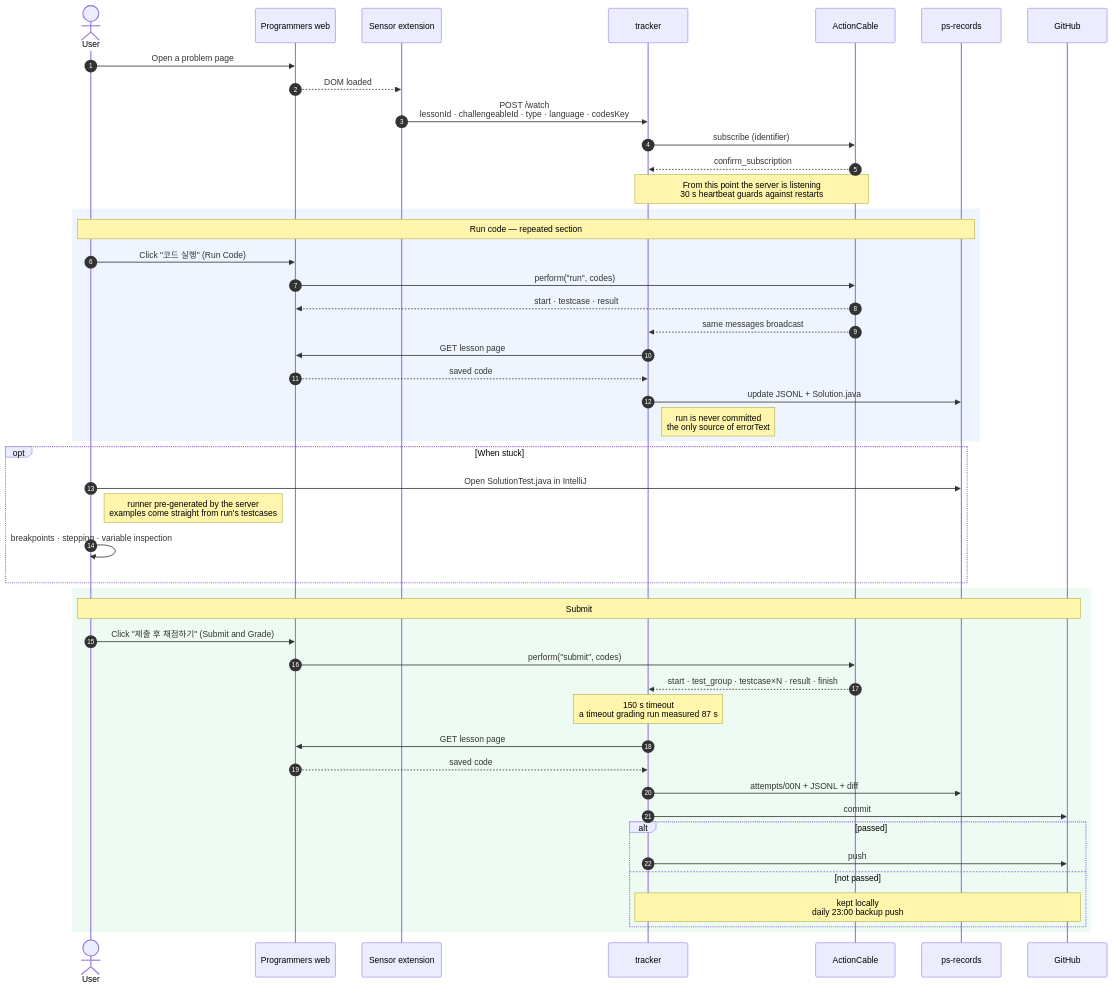
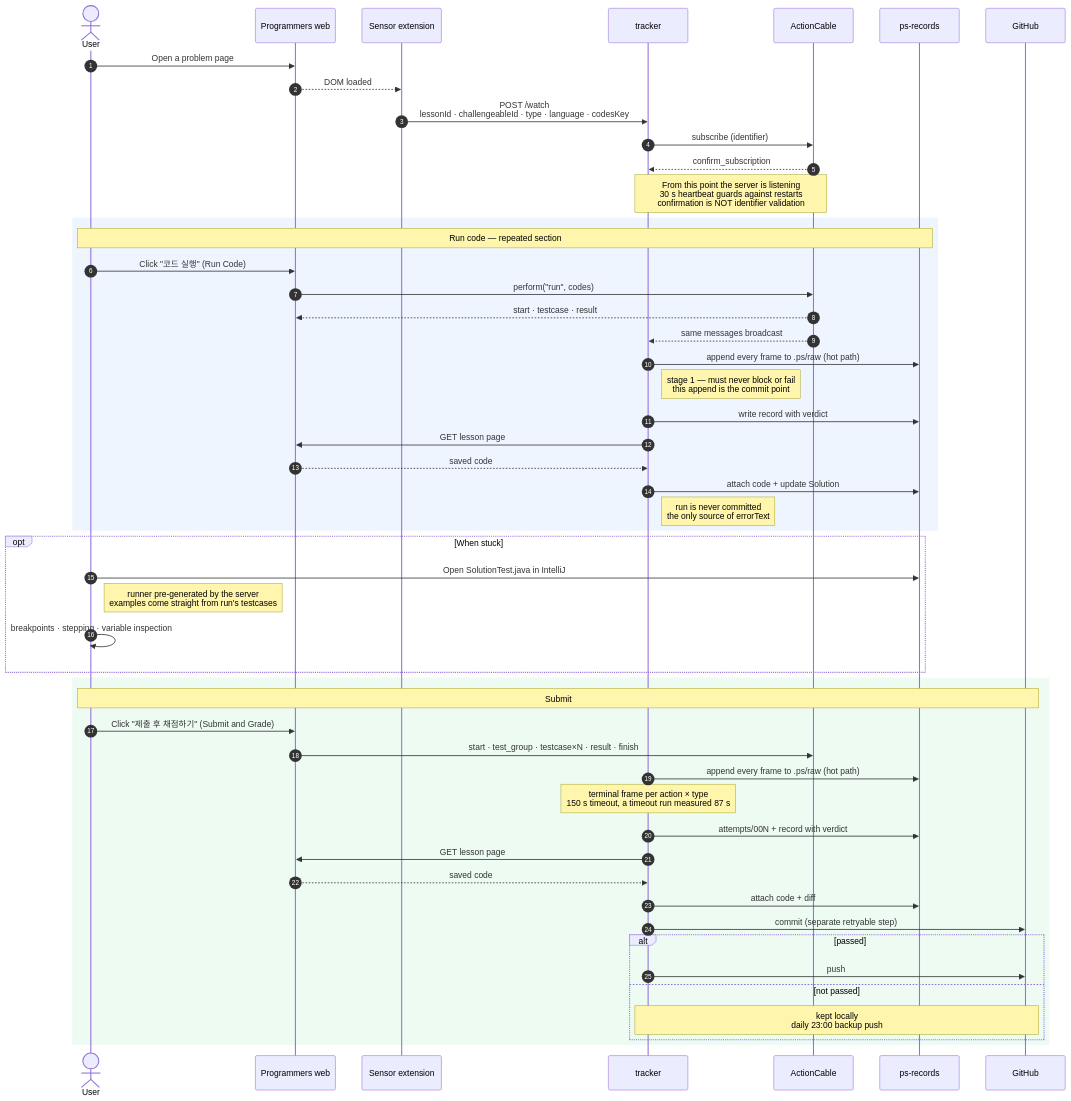
Before and after one commit to BrokenFinger98/programmers-tracker: the second of 3 diagrams in docs/superpowers/specs/2026-08-04-programmers-tracker-design.md, drawn with Mermaid. The commit also changed other lines of this file and 5 other files, not shown here.

````diff
--- a/docs/superpowers/specs/2026-08-04-programmers-tracker-design.md
+++ b/docs/superpowers/specs/2026-08-04-programmers-tracker-design.md
@@ -134,53 +134,57 @@
 ```mermaid
 sequenceDiagram
     autonumber
     actor U as User
     participant W as Programmers web
     participant X as Sensor extension
     participant S as tracker
     participant C as ActionCable
     participant D as ps-records
     participant G as GitHub
 
     U->>W: Open a problem page
     W-->>X: DOM loaded
     X->>S: POST /watch<br/>lessonId · challengeableId · type · language · codesKey
     S->>C: subscribe (identifier)
     C-->>S: confirm_subscription
-    Note over S,C: From this point the server is listening<br/>30 s heartbeat guards against restarts
+    Note over S,C: From this point the server is listening<br/>30 s heartbeat guards against restarts<br/>confirmation is NOT identifier validation
 
     rect rgba(59,130,246,0.08)
         Note over U,D: Run code — repeated section
         U->>W: Click "코드 실행" (Run Code)
         W->>C: perform("run", codes)
         C-->>W: start · testcase · result
         C-->>S: same messages broadcast
+        S->>D: append every frame to .ps/raw (hot path)
+        Note right of S: stage 1 — must never block or fail<br/>this append is the commit point
+        S->>D: write record with verdict
         S->>W: GET lesson page
         W-->>S: saved code
-        S->>D: update JSONL + Solution.java
+        S->>D: attach code + update Solution
         Note right of S: run is never committed<br/>the only source of errorText
     end
 
     opt When stuck
         U->>D: Open SolutionTest.java in IntelliJ
         Note right of U: runner pre-generated by the server<br/>examples come straight from run's testcases
         U->>U: breakpoints · stepping · variable inspection
     end
 
     rect rgba(34,197,94,0.08)
         Note over U,G: Submit
         U->>W: Click "제출 후 채점하기" (Submit and Grade)
-        W->>C: perform("submit", codes)
-        C-->>S: start · test_group · testcase×N · result · finish
-        Note over S: 150 s timeout<br/>a timeout grading run measured 87 s
+        W->>C: start · test_group · testcase×N · result · finish
+        S->>D: append every frame to .ps/raw (hot path)
+        Note over S: terminal frame per action × type<br/>150 s timeout, a timeout run measured 87 s
+        S->>D: attempts/00N + record with verdict
         S->>W: GET lesson page
         W-->>S: saved code
-        S->>D: attempts/00N + JSONL + diff
-        S->>G: commit
+        S->>D: attach code + diff
+        S->>G: commit (separate retryable step)
         alt passed
             S->>G: push
         else not passed
             Note over S,G: kept locally<br/>daily 23:00 backup push
         end
     end
 ```
````
